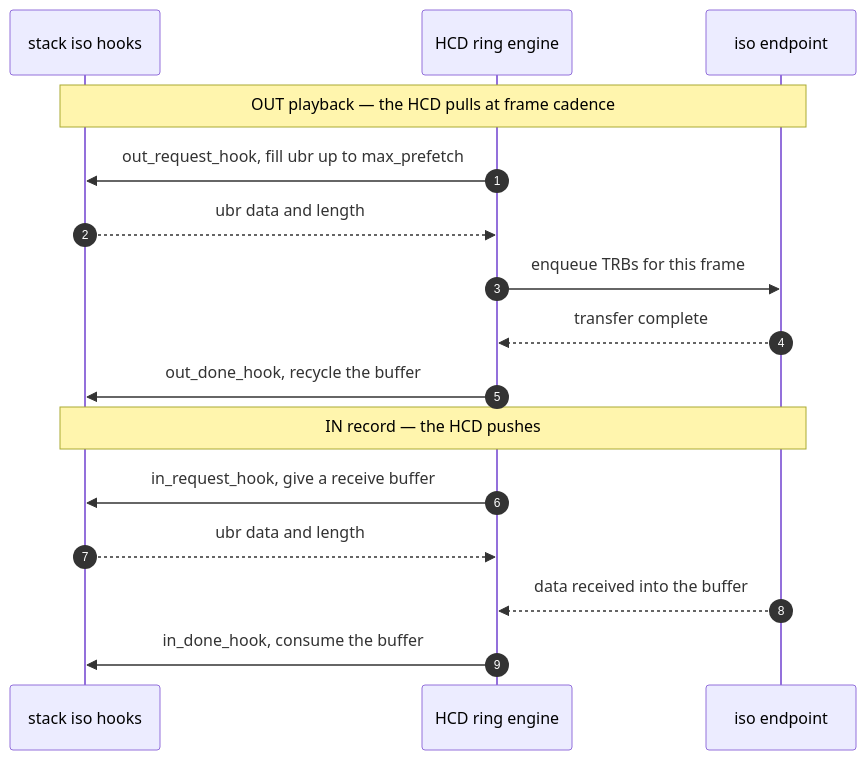
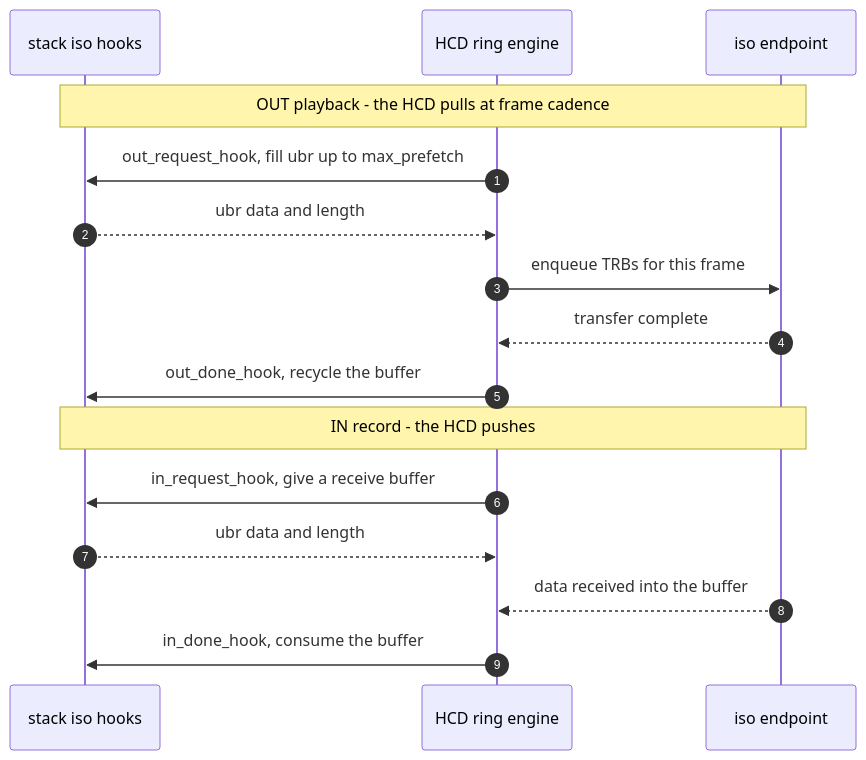
Before and after one commit to rondoval/poseidon-backport: the third of 3 diagrams in docs/poseidon-context-hcd-abi.md, drawn with Mermaid. The commit also changed other lines of this file and 108 other files, not shown here.

````diff
--- a/docs/poseidon-context-hcd-abi.md
+++ b/docs/poseidon-context-hcd-abi.md
@@ -751,19 +751,19 @@
 ```mermaid
 sequenceDiagram
     autonumber
     participant STK as stack iso hooks
     participant HCD as HCD ring engine
     participant DEV as iso endpoint
 
-    Note over STK,DEV: OUT playback — the HCD pulls at frame cadence
+    Note over STK,DEV: OUT playback - the HCD pulls at frame cadence
     HCD->>STK: out_request_hook, fill ubr up to max_prefetch
     STK-->>HCD: ubr data and length
     HCD->>DEV: enqueue TRBs for this frame
     DEV-->>HCD: transfer complete
     HCD->>STK: out_done_hook, recycle the buffer
-    Note over STK,DEV: IN record — the HCD pushes
+    Note over STK,DEV: IN record - the HCD pushes
     HCD->>STK: in_request_hook, give a receive buffer
     STK-->>HCD: ubr data and length
     DEV-->>HCD: data received into the buffer
     HCD->>STK: in_done_hook, consume the buffer
 ```
````
